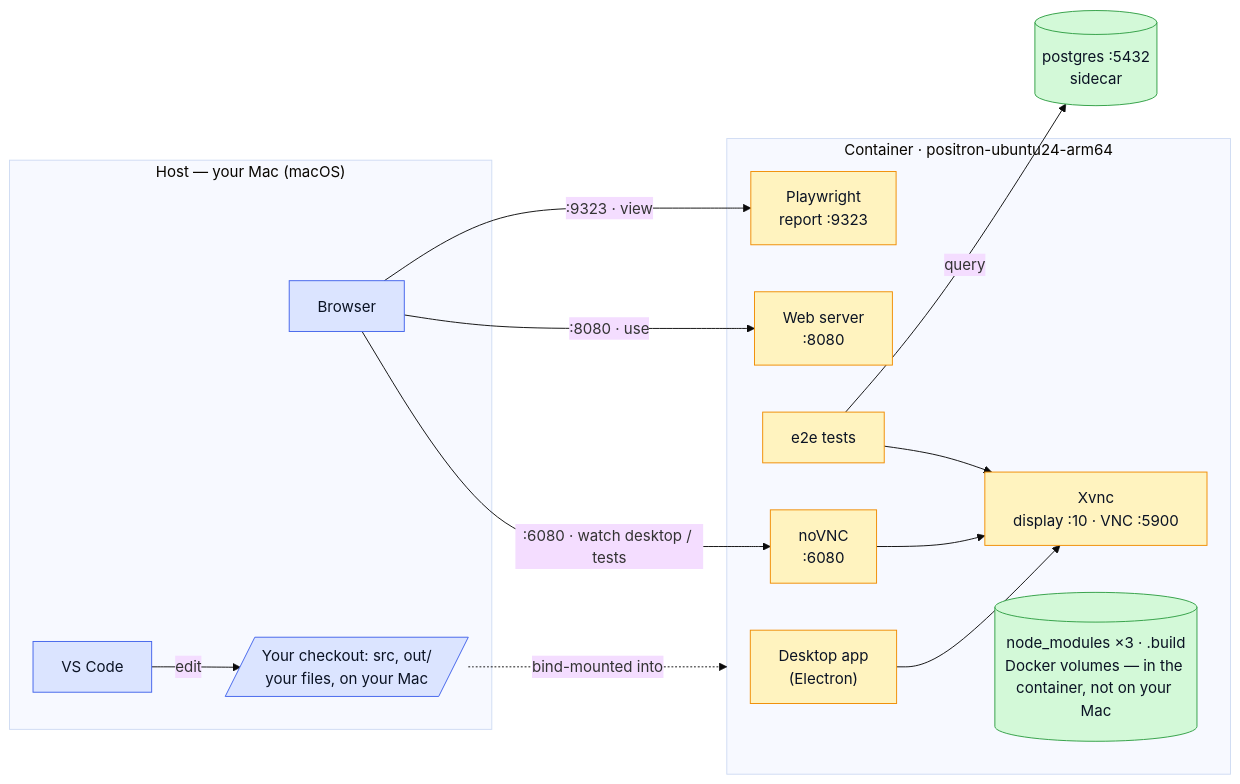
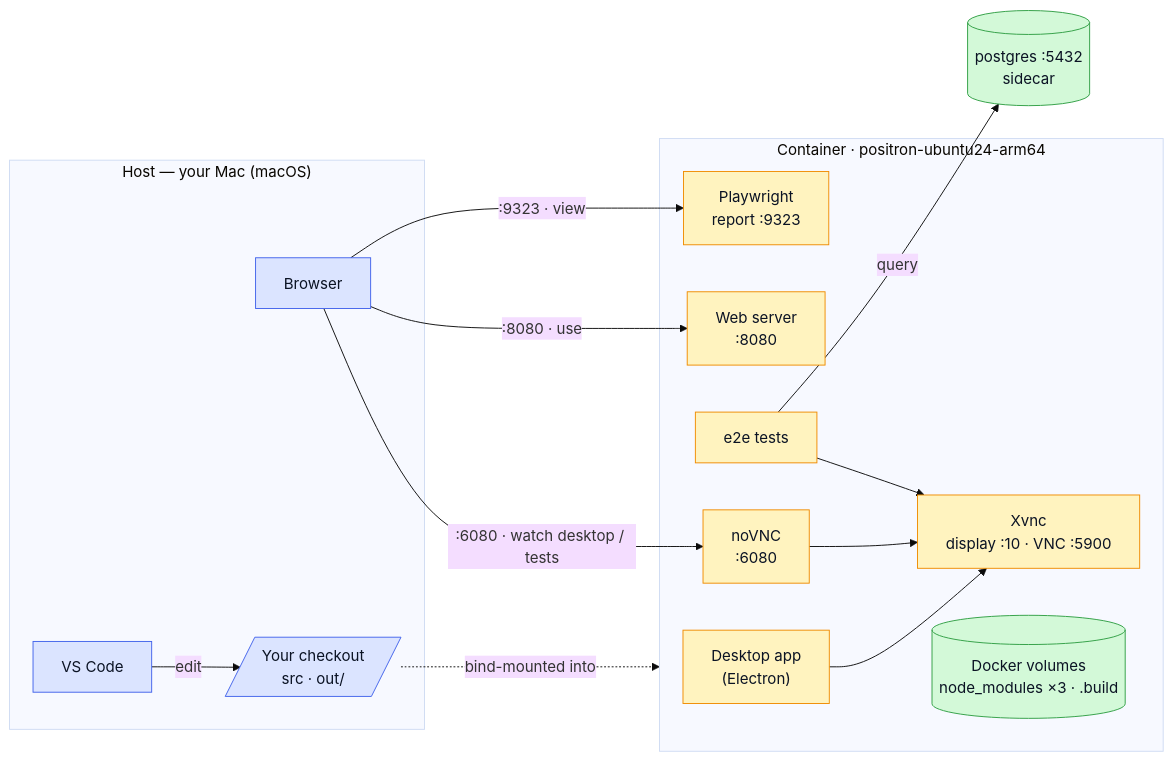
Before and after one commit to posit-dev/positron: the diagram in .devcontainer/ci-arm/README.md, drawn with Mermaid (base theme).

Commit message:
ci-arm: tighten diagram node labels
The checkout and volumes nodes were sentences. Position (which zone) and
shape already convey on-Mac vs in-container, so the labels just name the
thing and list contents: "Your checkout / src · out/" and "Docker volumes /
node_modules ×3 · .build". No prose, no em dashes.

````diff
--- a/.devcontainer/ci-arm/README.md
+++ b/.devcontainer/ci-arm/README.md
@@ -147,36 +147,36 @@
 ```mermaid
 flowchart LR
     subgraph host["Host — your Mac (macOS)"]
         code["VS Code"]
         web["Browser"]
-        src[/"Your checkout: src, out/<br/>your files, on your Mac"/]
+        src[/"Your checkout<br/>src · out/"/]
     end
     subgraph ctr["Container · positron-ubuntu24-arm64"]
         desk["Desktop app<br/>(Electron)"]
         srv["Web server<br/>:8080"]
         e2e["e2e tests"]
         nov["noVNC<br/>:6080"]
         xvnc["Xvnc<br/>display :10 · VNC :5900"]
         rep["Playwright<br/>report :9323"]
-        vols[("node_modules ×3 · .build<br/>Docker volumes — in the container, not on your Mac")]
+        vols[("Docker volumes<br/>node_modules ×3 · .build")]
     end
     pg[("postgres :5432<br/>sidecar")]
 
     code -->|edit| src
     src -. bind-mounted into .-> ctr
     desk --> xvnc
     e2e --> xvnc
     nov --> xvnc
     web -->|":6080 · watch desktop / tests"| nov
     web -->|":8080 · use"| srv
     web -->|":9323 · view"| rep
     e2e -->|query| pg
 
     classDef hostcls fill:#dbe4ff,stroke:#4263eb,color:#0b1324
     classDef contcls fill:#fff3bf,stroke:#f08c00,color:#0b1324
     classDef storcls fill:#d3f9d8,stroke:#2f9e44,color:#0b1324
     class code,web hostcls
     class desk,srv,e2e,nov,xvnc,rep contcls
     class src hostcls
     class vols,pg storcls
 ```
````
